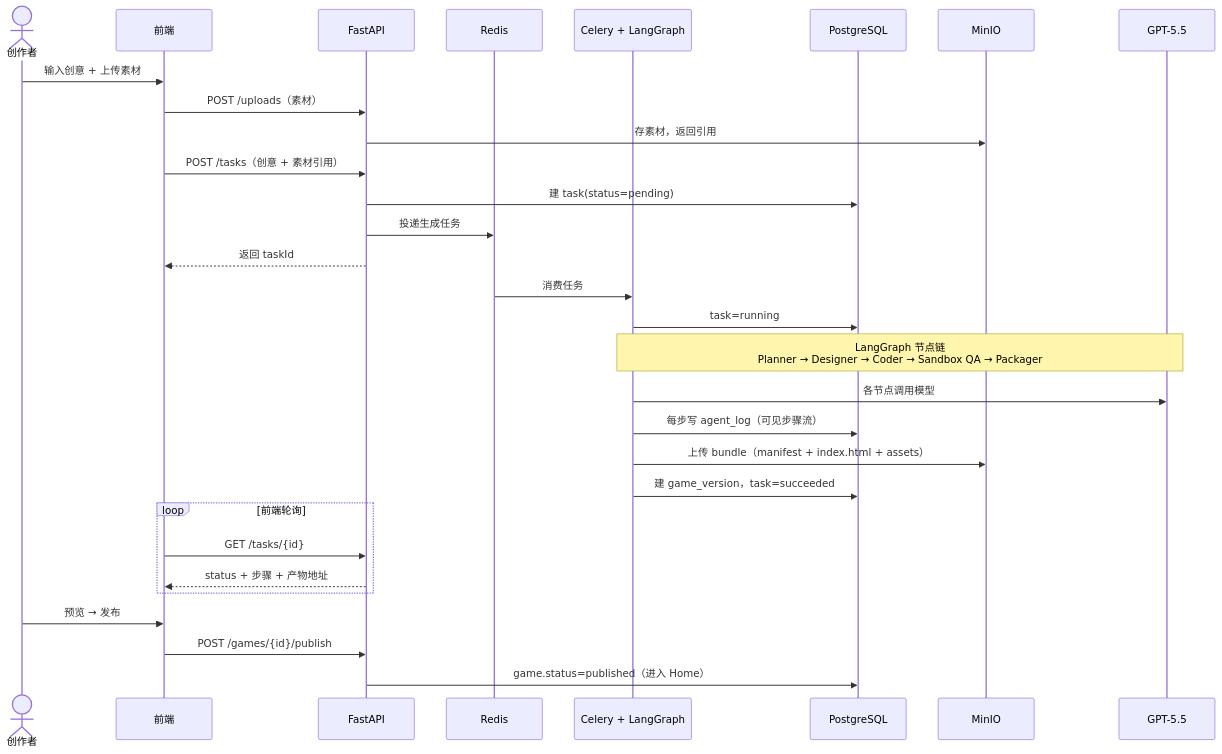
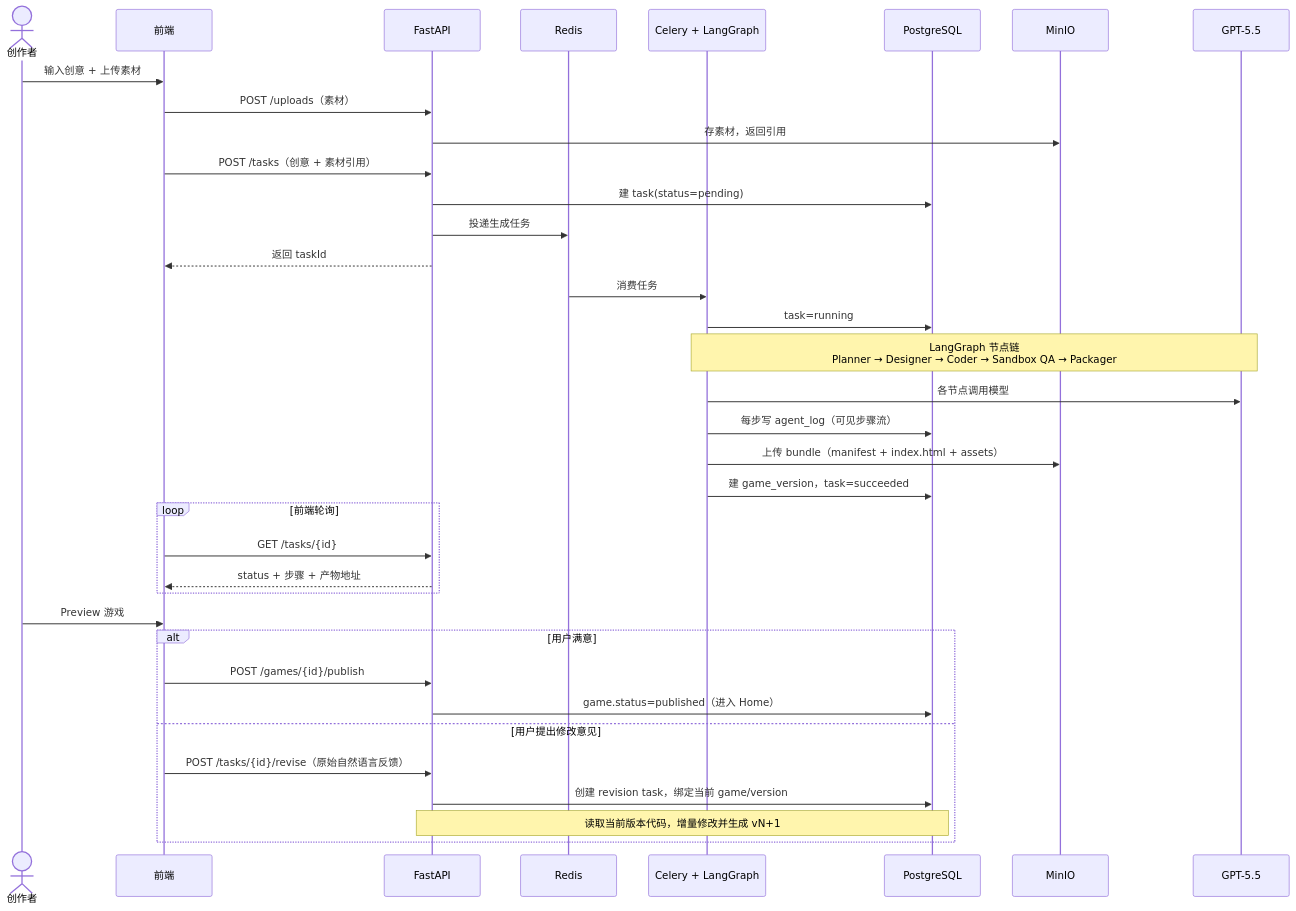
The second of 6 diagrams in docs/系统架构.md (charlie11sun-netizen/yahaha), drawn with Mermaid before and after one commit. The commit also changed other lines of this file and 18 other files, not shown here.

````diff
--- a/docs/系统架构.md
+++ b/docs/系统架构.md
@@ -82,36 +82,42 @@
 ```mermaid
 sequenceDiagram
     actor U as 创作者
     participant FE as 前端
     participant API as FastAPI
     participant Q as Redis
     participant W as Celery + LangGraph
     participant DB as PostgreSQL
     participant S3 as MinIO
     participant M as GPT-5.5
 
     U->>FE: 输入创意 + 上传素材
     FE->>API: POST /uploads（素材）
     API->>S3: 存素材，返回引用
     FE->>API: POST /tasks（创意 + 素材引用）
     API->>DB: 建 task(status=pending)
     API->>Q: 投递生成任务
     API-->>FE: 返回 taskId
 
     Q->>W: 消费任务
     W->>DB: task=running
     Note over W,M: LangGraph 节点链<br/>Planner → Designer → Coder → Sandbox QA → Packager
     W->>M: 各节点调用模型
     W->>DB: 每步写 agent_log（可见步骤流）
     W->>S3: 上传 bundle（manifest + index.html + assets）
     W->>DB: 建 game_version，task=succeeded
 
     loop 前端轮询
         FE->>API: GET /tasks/{id}
         API-->>FE: status + 步骤 + 产物地址
     end
 
-    U->>FE: 预览 → 发布
-    FE->>API: POST /games/{id}/publish
-    API->>DB: game.status=published（进入 Home）
+    U->>FE: Preview 游戏
+    alt 用户满意
+        FE->>API: POST /games/{id}/publish
+        API->>DB: game.status=published（进入 Home）
+    else 用户提出修改意见
+        FE->>API: POST /tasks/{id}/revise（原始自然语言反馈）
+        API->>DB: 创建 revision task，绑定当前 game/version
+        Note over API,DB: 读取当前版本代码，增量修改并生成 vN+1
+    end
 ```
````
